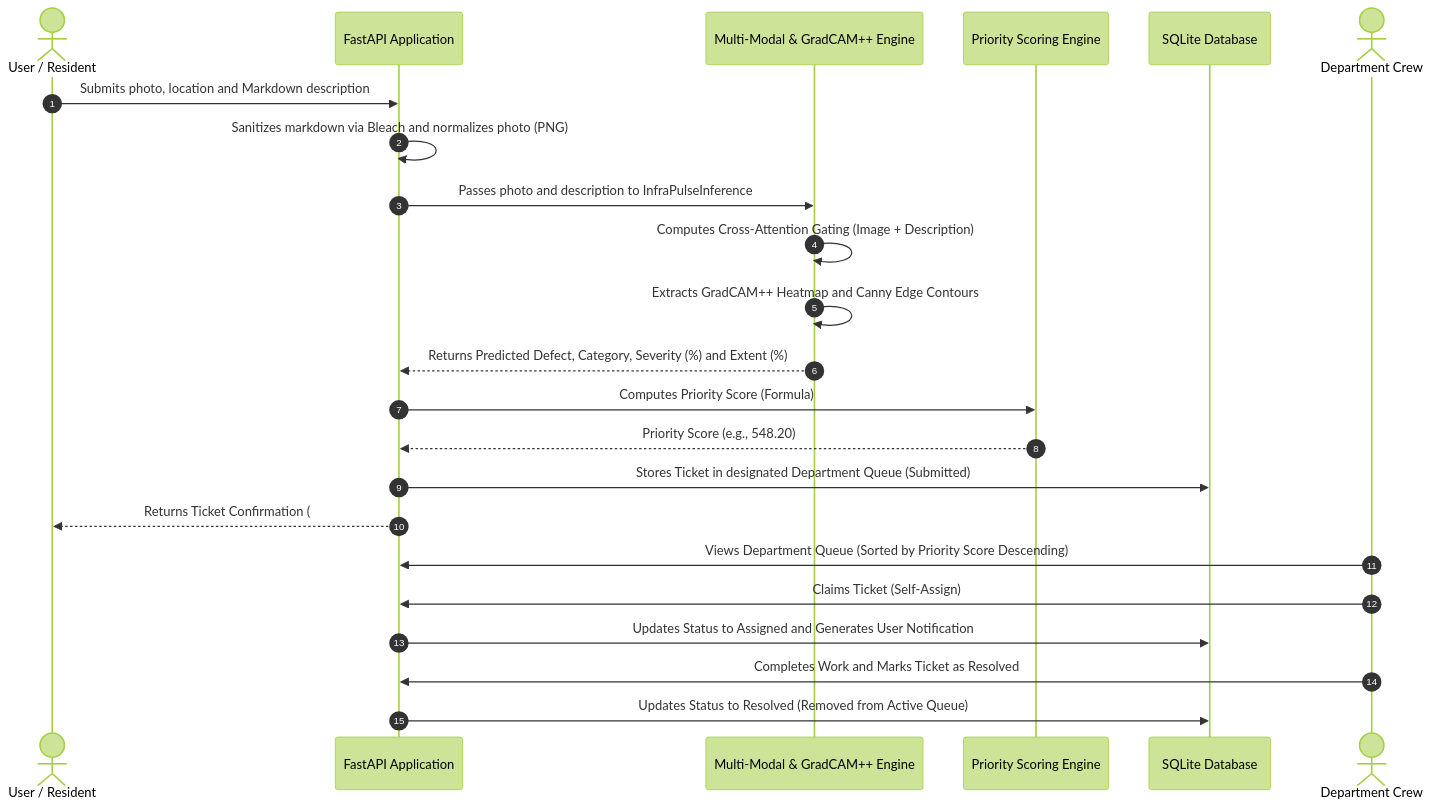
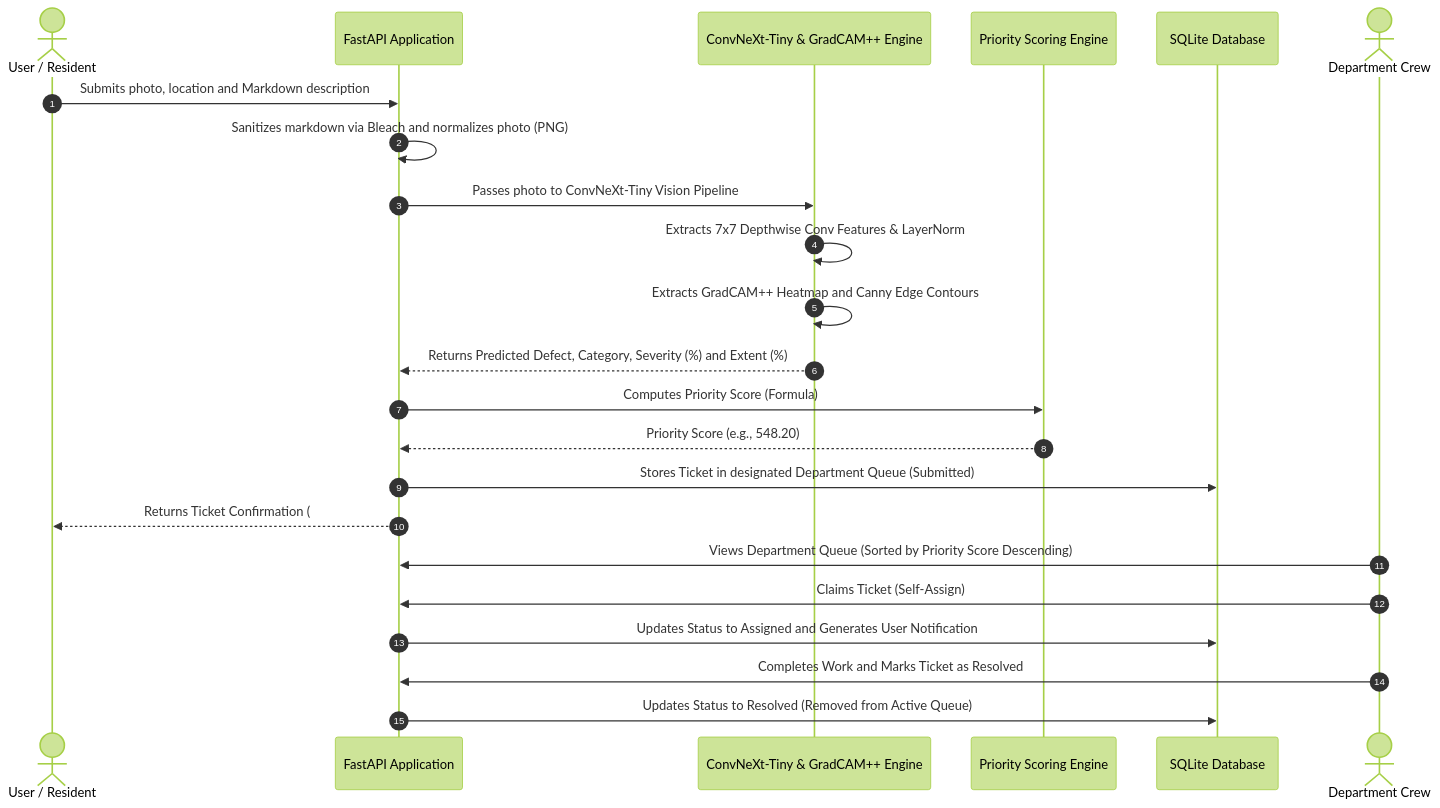
The third of 6 diagrams in README.md (Bittu5134/InfraPulse), drawn with Mermaid (forest theme) before and after one commit. The commit also changed other lines of this file and 3 other files, not shown here.

Commit message:
feat(model): swap default primary classifier to ConvNeXt-Tiny pure CNN and update documentation

````diff
--- a/README.md
+++ b/README.md
@@ -120,26 +120,26 @@
 ```mermaid
 sequenceDiagram
     autonumber
     actor Resident as User / Resident
     participant App as FastAPI Application
-    participant ML as Multi-Modal & GradCAM++ Engine
+    participant ML as ConvNeXt-Tiny & GradCAM++ Engine
     participant Engine as Priority Scoring Engine
     participant DB as SQLite Database
     actor Staff as Department Crew
 
     Resident->>App: Submits photo, location and Markdown description
     App->>App: Sanitizes markdown via Bleach and normalizes photo (PNG)
-    App->>ML: Passes photo and description to InfraPulseInference
-    ML->>ML: Computes Cross-Attention Gating (Image + Description)
+    App->>ML: Passes photo to ConvNeXt-Tiny Vision Pipeline
+    ML->>ML: Extracts 7x7 Depthwise Conv Features & LayerNorm
     ML->>ML: Extracts GradCAM++ Heatmap and Canny Edge Contours
     ML-->>App: Returns Predicted Defect, Category, Severity (%) and Extent (%)
     App->>Engine: Computes Priority Score (Formula)
     Engine-->>App: Priority Score (e.g., 548.20)
     App->>DB: Stores Ticket in designated Department Queue (Submitted)
     App-->>Resident: Returns Ticket Confirmation (#INF-XXXXXXXXXX) and Live Queue Rank
     Staff->>App: Views Department Queue (Sorted by Priority Score Descending)
     Staff->>App: Claims Ticket (Self-Assign)
     App->>DB: Updates Status to Assigned and Generates User Notification
     Staff->>App: Completes Work and Marks Ticket as Resolved
     App->>DB: Updates Status to Resolved (Removed from Active Queue)
 ```
````
